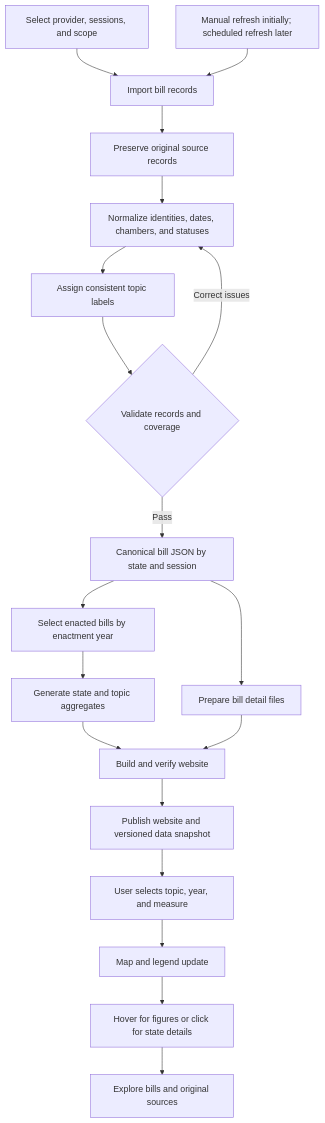
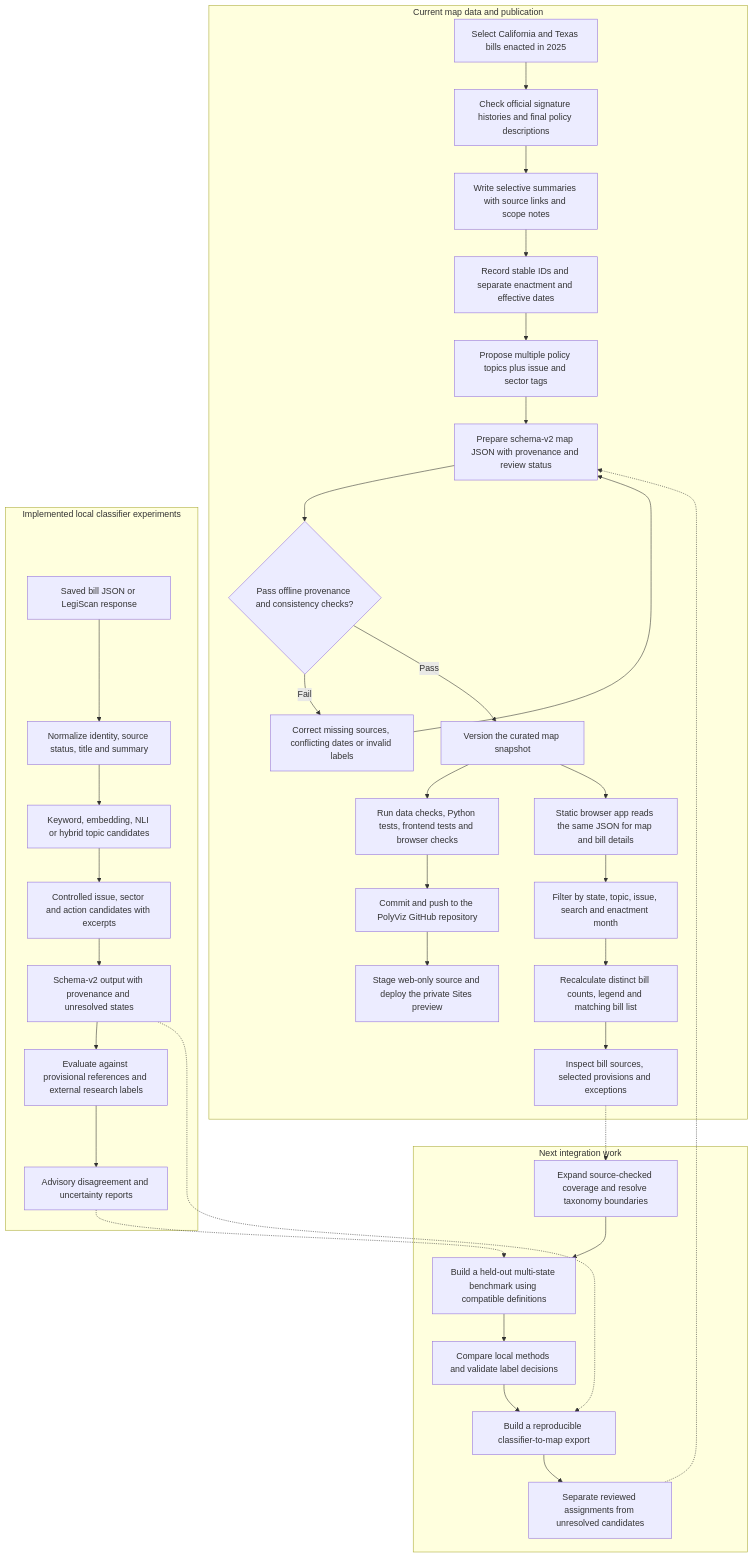
The diagram in docs/WORKFLOW.md (PenguinYoi/PolyViz), drawn with Mermaid before and after one commit. The commit also changed other lines of this file and 1 other file, not shown here.

Commit message:
Update workflow diagram and roadmap for the current map MVP

````diff
--- a/docs/WORKFLOW.md
+++ b/docs/WORKFLOW.md
@@ -7,21 +12,50 @@
 ```mermaid
 flowchart TD
-    A[Select provider, sessions, and scope] --> B[Import bill records]
-    B --> C[Preserve original source records]
-    C --> D[Normalize identities, dates, chambers, and statuses]
-    D --> E[Assign consistent topic labels]
-    E --> F{Validate records and coverage}
-    F -->|Correct issues| D
-    F -->|Pass| G[Canonical bill JSON by state and session]
-    G --> H[Select enacted bills by enactment year]
-    H --> I[Generate state and topic aggregates]
-    G --> J[Prepare bill detail files]
-    I --> K[Build and verify website]
-    J --> K
-    K --> L[Publish website and versioned data snapshot]
-    L --> M[User selects topic, year, and measure]
-    M --> N[Map and legend update]
-    N --> O[Hover for figures or click for state details]
-    O --> P[Explore bills and original sources]
-    Q[Manual refresh initially; scheduled refresh later] --> B
+    subgraph Current[Current map data and publication]
+        A[Select California and Texas bills enacted in 2025]
+        B[Check official signature histories and final policy descriptions]
+        C[Write selective summaries with source links and scope notes]
+        D[Record stable IDs and separate enactment and effective dates]
+        E[Propose multiple policy topics plus issue and sector tags]
+        F[Prepare schema-v2 map JSON with provenance and review status]
+        G{Pass offline provenance and consistency checks?}
+        H[Correct missing sources, conflicting dates or invalid labels]
+        I[Version the curated map snapshot]
+        J[Static browser app reads the same JSON for map and bill details]
+        K[Filter by state, topic, issue, search and enactment month]
+        L[Recalculate distinct bill counts, legend and matching bill list]
+        M[Inspect bill sources, selected provisions and exceptions]
+        N[Run data checks, Python tests, frontend tests and browser checks]
+        O[Commit and push to the PolyViz GitHub repository]
+        P[Stage web-only source and deploy the private Sites preview]
+        A --> B --> C --> D --> E --> F --> G
+        G -->|Fail| H --> F
+        G -->|Pass| I --> N --> O --> P
+        I --> J --> K --> L --> M
+    end
+
+    subgraph Experiments[Implemented local classifier experiments]
+        Q[Saved bill JSON or LegiScan response]
+        R[Normalize identity, source status, title and summary]
+        S[Keyword, embedding, NLI or hybrid topic candidates]
+        T[Controlled issue, sector and action candidates with excerpts]
+        U[Schema-v2 output with provenance and unresolved states]
+        V[Evaluate against provisional references and external research labels]
+        W[Advisory disagreement and uncertainty reports]
+        Q --> R --> S --> T --> U --> V --> W
+    end
+
+    subgraph Next[Next integration work]
+        X[Expand source-checked coverage and resolve taxonomy boundaries]
+        Y[Build a held-out multi-state benchmark using compatible definitions]
+        Z[Compare local methods and validate label decisions]
+        AA[Build a reproducible classifier-to-map export]
+        AB[Separate reviewed assignments from unresolved candidates]
+        X --> Y --> Z --> AA --> AB
+    end
+
+    M -.-> X
+    U -.-> AA
+    W -.-> Y
+    AB -.-> F
 ```
````
